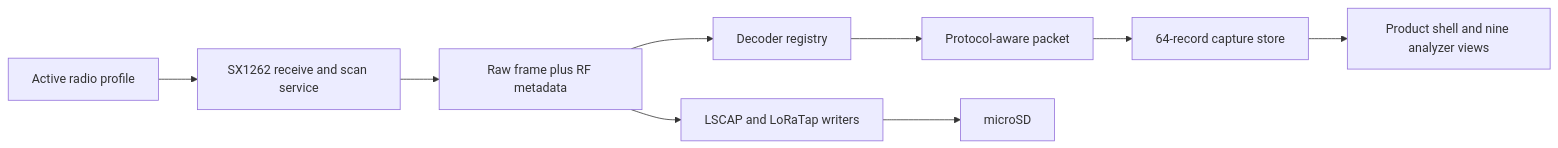
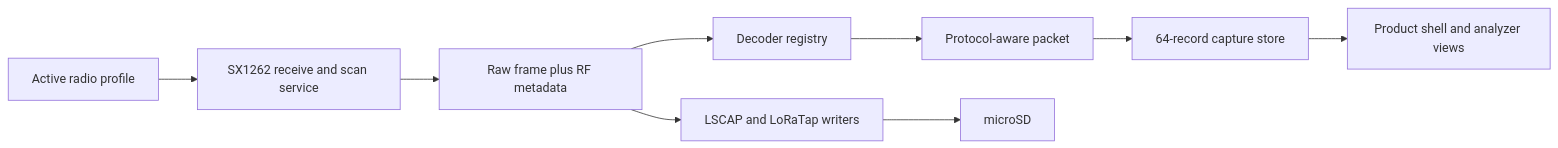
Before and after one commit to maxmoneycash/lilyshark: the diagram in README.md, drawn with Mermaid. The commit also changed other lines of this file and 5 other files, not shown here.

````diff
--- a/README.md
+++ b/README.md
@@ -277,11 +287,11 @@
 ```mermaid
 flowchart LR
     A[Active radio profile] --> B[SX1262 receive and scan service]
     B --> C[Raw frame plus RF metadata]
     C --> D[Decoder registry]
     D --> E[Protocol-aware packet]
     C --> F[LSCAP and LoRaTap writers]
     E --> G[64-record capture store]
-    G --> H[Product shell and nine analyzer views]
+    G --> H[Product shell and analyzer views]
     F --> I[microSD]
 ```
````
